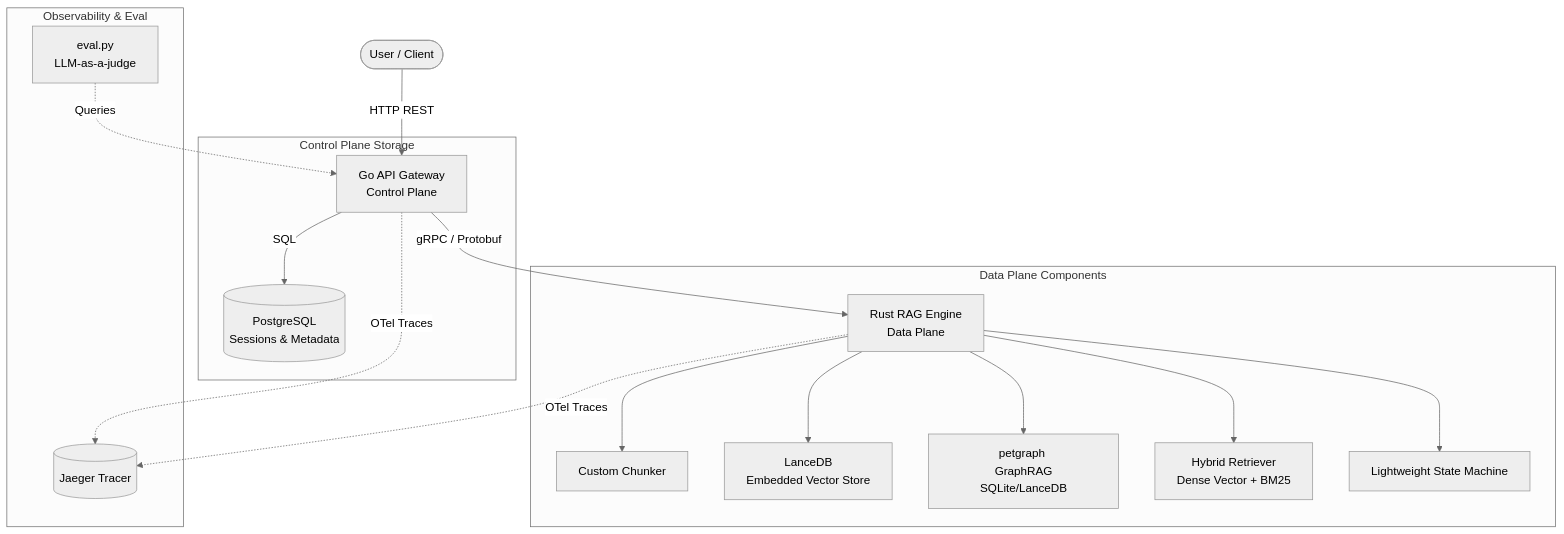
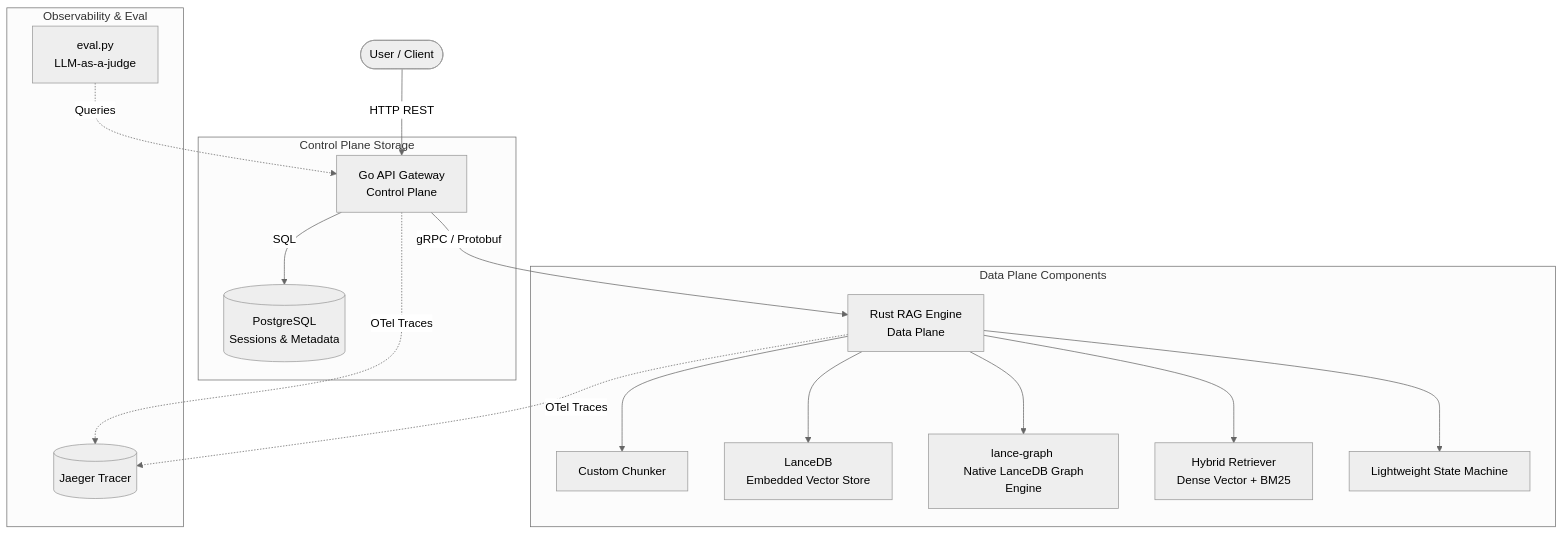
The diagram in README.md (mileschintw/rust-lancedb-graphrag), drawn with Mermaid (neutral theme) before and after one commit. The commit also changed other lines of this file and 2 other files, not shown here.

Commit message:
docs: Update graph stack decision to lance-graph

````diff
--- a/README.md
+++ b/README.md
@@ -13,23 +13,23 @@
 ```mermaid
 graph TD
     User([User / Client]) -->|HTTP REST| GoGateway[Go API Gateway <br> Control Plane]
     GoGateway -->|gRPC / Protobuf| RustEngine[Rust RAG Engine <br> Data Plane]
     
     subgraph Control Plane Storage
         GoGateway -->|SQL| Postgres[(PostgreSQL <br> Sessions & Metadata)]
     end
     
     subgraph Data Plane Components
         RustEngine --> Chunker[Custom Chunker]
         RustEngine --> Store[LanceDB <br> Embedded Vector Store]
-        RustEngine --> GraphStore[petgraph <br> GraphRAG SQLite/LanceDB]
+        RustEngine --> GraphStore[lance-graph <br> Native LanceDB Graph Engine]
         RustEngine --> Retriever[Hybrid Retriever <br> Dense Vector + BM25]
         RustEngine --> Orchestrator[Lightweight State Machine]
     end
 
     subgraph Observability & Eval
         GoGateway -.->|OTel Traces| Jaeger[(Jaeger Tracer)]
         RustEngine -.->|OTel Traces| Jaeger
         EvalScript[eval.py <br> LLM-as-a-judge] -.->|Queries| GoGateway
     end
 ```
````
